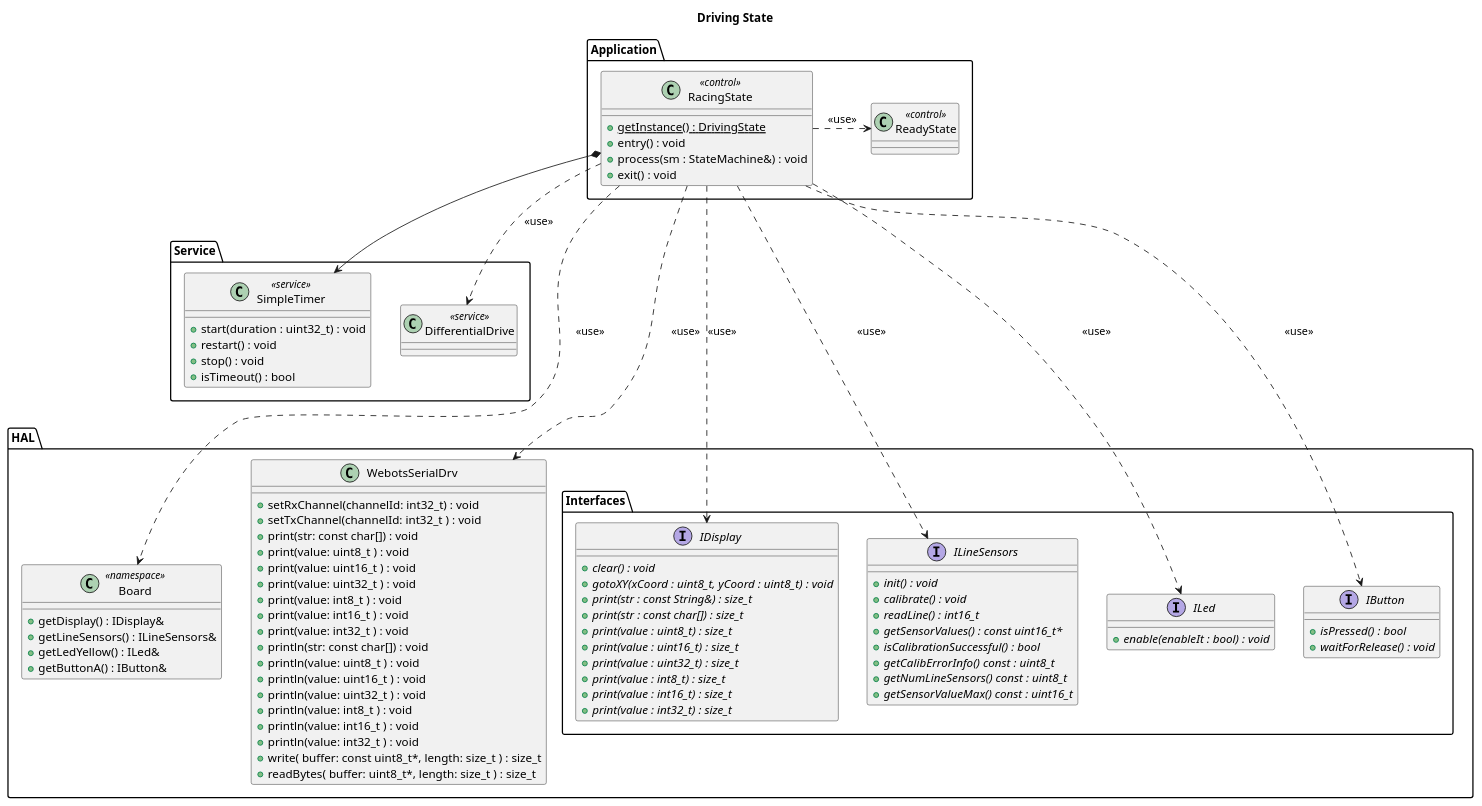
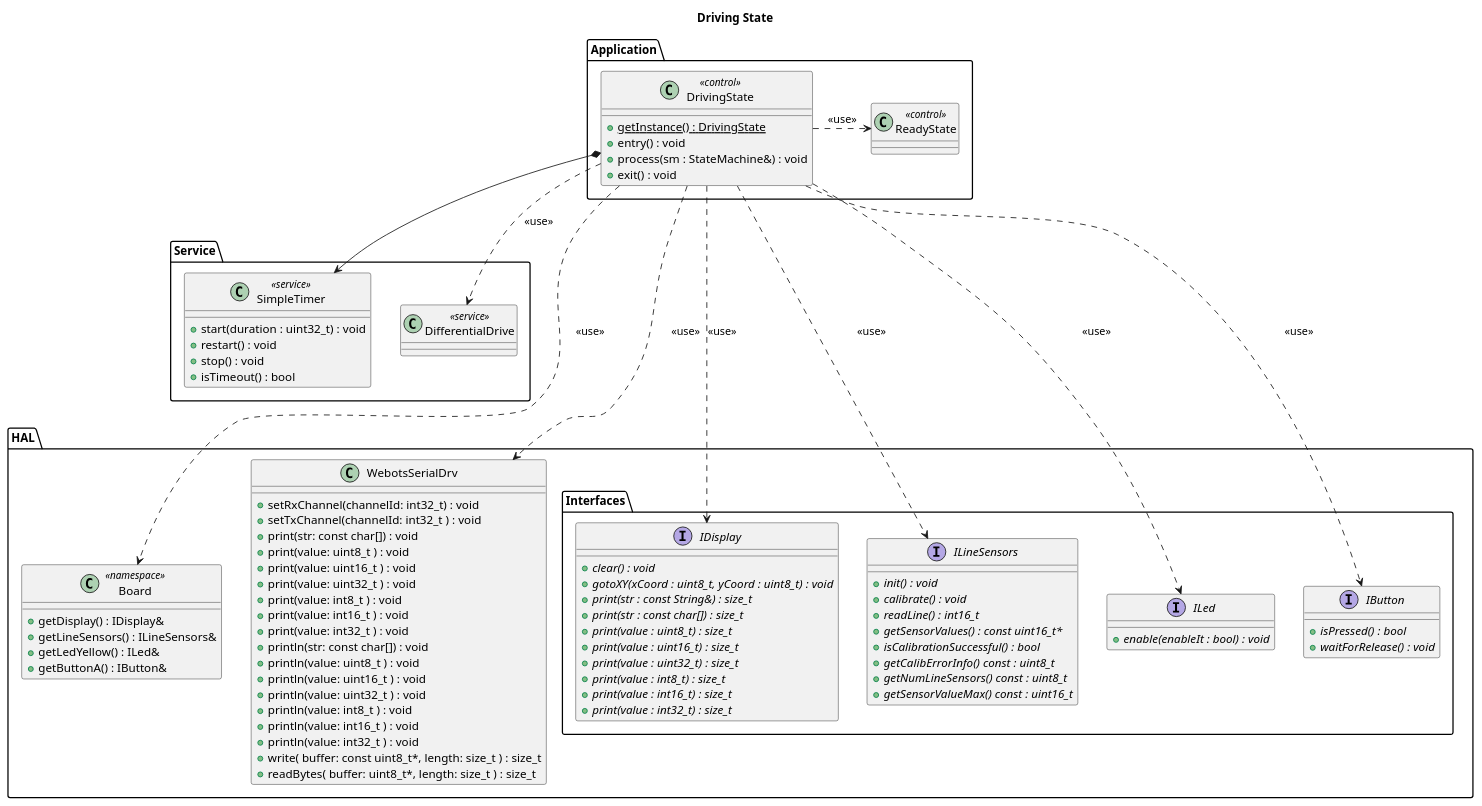
The diagram in doc/architecture/uml/LogicalView/ReinforcementLearning/DrivingState.plantuml (BlueAndi/RadonUlzer), drawn with PlantUML before and after one commit. The commit also changed 4 other files, not shown here.

Commit message:
Removing the training status from the application architecture and correcting the spelling

```diff
--- a/doc/architecture/uml/LogicalView/ReinforcementLearning/DrivingState.plantuml
+++ b/doc/architecture/uml/LogicalView/ReinforcementLearning/DrivingState.plantuml
@@ -1,105 +1,104 @@
 @startuml
 
 title Driving State
 
 package "Application" as appLayer {
 
-    class RacingState <<control>> {
+    class DrivingState <<control>> {
         + {static} getInstance() : DrivingState
         + entry() : void
         + process(sm : StateMachine&) : void
         + exit() : void
     }
 
     class ReadyState <<control>>
 
-    RacingState .r.> ReadyState: <<use>>
-     
+    DrivingState .r.> ReadyState: <<use>>
 }
 
 package "Service" as serviceLayer {
 
     class SimpleTimer <<service>> {
         + start(duration : uint32_t) : void
         + restart() : void
         + stop() : void
         + isTimeout() : bool
     }    
     class DifferentialDrive <<service>>
 }
 
 package "HAL" as hal {
 
     package "Interfaces" as halInterfaces {
         interface IDisplay {
             + {abstract} clear() : void
             + {abstract} gotoXY(xCoord : uint8_t, yCoord : uint8_t) : void
             + {abstract} print(str : const String&) : size_t
             + {abstract} print(str : const char[]) : size_t
             + {abstract} print(value : uint8_t) : size_t
             + {abstract} print(value : uint16_t) : size_t
             + {abstract} print(value : uint32_t) : size_t
             + {abstract} print(value : int8_t) : size_t
             + {abstract} print(value : int16_t) : size_t
             + {abstract} print(value : int32_t) : size_t
         }
 
         interface ILineSensors {
             + {abstract} init() : void
             + {abstract} calibrate() : void
             + {abstract} readLine() : int16_t
             + {abstract} getSensorValues() : const uint16_t*
             + {abstract} isCalibrationSuccessful() : bool
             + {abstract} getCalibErrorInfo() const : uint8_t
             + {abstract} getNumLineSensors() const : uint8_t
             + {abstract} getSensorValueMax() const : uint16_t
         }
 
         interface ILed {
             + {abstract} enable(enableIt : bool) : void
         }
 
         interface IButton {
             + {abstract} isPressed() : bool
             + {abstract} waitForRelease() : void
         }
 
     }
 
     class Board << namespace >> {
         + getDisplay() : IDisplay&
         + getLineSensors() : ILineSensors&
         + getLedYellow() : ILed&
         + getButtonA() : IButton&
     }
     class WebotsSerialDrv  {
         + setRxChannel(channelId: int32_t) : void
         + setTxChannel(channelId: int32_t ) : void
         + print(str: const char[]) : void
         + print(value: uint8_t ) : void
         + print(value: uint16_t ) : void
         + print(value: uint32_t ) : void
         + print(value: int8_t ) : void
         + print(value: int16_t ) : void
         + print(value: int32_t ) : void
         + println(str: const char[]) : void
         + println(value: uint8_t ) : void
         + println(value: uint16_t ) : void
         + println(value: uint32_t ) : void
         + println(value: int8_t ) : void
         + println(value: int16_t ) : void
         + println(value: int32_t ) : void
         + write( buffer: const uint8_t*, length: size_t ) : size_t 
         + readBytes( buffer: uint8_t*, length: size_t ) : size_t 
     }
 }
 
-RacingState *-> SimpleTimer
-RacingState ..> DifferentialDrive: <<use>>
-RacingState ...> IDisplay: <<use>>
-RacingState ...> ILineSensors: <<use>>
-RacingState ...> ILed: <<use>>
-RacingState ...> Board: <<use>>
-RacingState ...>WebotsSerialDrv: <<use>>
-RacingState ...>IButton: <<use>>
+DrivingState *-> SimpleTimer
+DrivingState ..> DifferentialDrive: <<use>>
+DrivingState ...> IDisplay: <<use>>
+DrivingState ...> ILineSensors: <<use>>
+DrivingState ...> ILed: <<use>>
+DrivingState ...> Board: <<use>>
+DrivingState ...>WebotsSerialDrv: <<use>>
+DrivingState ...>IButton: <<use>>
 @enduml
```
